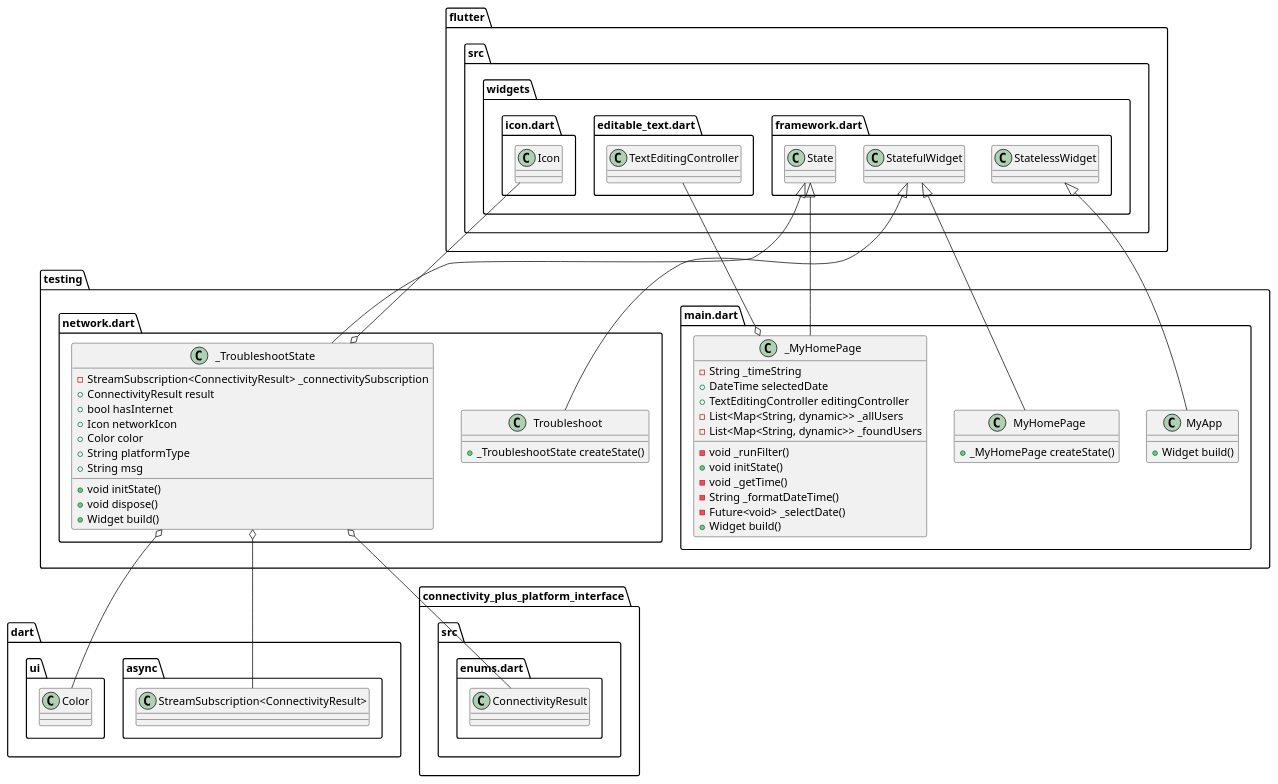
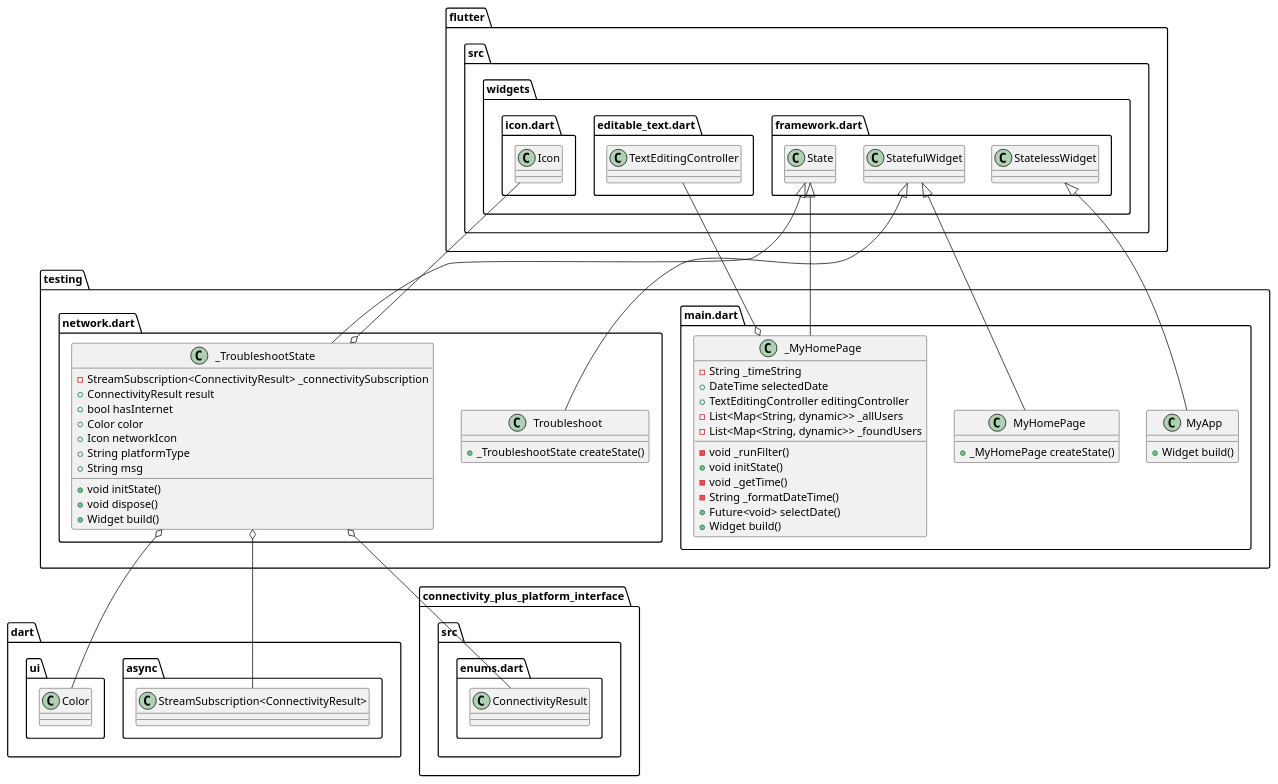
One commit to Hadjimamas/Testing_Project changed the diagram in test.puml. Above: the diagram before and after it, drawn with PlantUML.

Commit message:
Practice Project

```diff
--- a/test.puml
+++ b/test.puml
@@ -1,59 +1,59 @@
 @startuml
 set namespaceSeparator ::
 
 class "testing::main.dart::MyApp" {
   +Widget build()
 }
 
 "flutter::src::widgets::framework.dart::StatelessWidget" <|-- "testing::main.dart::MyApp"
 
 class "testing::main.dart::MyHomePage" {
   +_MyHomePage createState()
 }
 
 "flutter::src::widgets::framework.dart::StatefulWidget" <|-- "testing::main.dart::MyHomePage"
 
 class "testing::main.dart::_MyHomePage" {
   -String _timeString
   +DateTime selectedDate
   +TextEditingController editingController
   -List<Map<String, dynamic>> _allUsers
   -List<Map<String, dynamic>> _foundUsers
   -void _runFilter()
   +void initState()
   -void _getTime()
   -String _formatDateTime()
-  -Future<void> _selectDate()
+  +Future<void> selectDate()
   +Widget build()
 }
 
 "testing::main.dart::_MyHomePage" o-- "flutter::src::widgets::editable_text.dart::TextEditingController"
 "flutter::src::widgets::framework.dart::State" <|-- "testing::main.dart::_MyHomePage"
 
 class "testing::network.dart::Troubleshoot" {
   +_TroubleshootState createState()
 }
 
 "flutter::src::widgets::framework.dart::StatefulWidget" <|-- "testing::network.dart::Troubleshoot"
 
 class "testing::network.dart::_TroubleshootState" {
   -StreamSubscription<ConnectivityResult> _connectivitySubscription
   +ConnectivityResult result
   +bool hasInternet
+  +Color color
   +Icon networkIcon
-  +Color color
   +String platformType
   +String msg
   +void initState()
   +void dispose()
   +Widget build()
 }
 
 "testing::network.dart::_TroubleshootState" o-- "dart::async::StreamSubscription<ConnectivityResult>"
 "testing::network.dart::_TroubleshootState" o-- "connectivity_plus_platform_interface::src::enums.dart::ConnectivityResult"
+"testing::network.dart::_TroubleshootState" o-- "dart::ui::Color"
 "testing::network.dart::_TroubleshootState" o-- "flutter::src::widgets::icon.dart::Icon"
-"testing::network.dart::_TroubleshootState" o-- "dart::ui::Color"
 "flutter::src::widgets::framework.dart::State" <|-- "testing::network.dart::_TroubleshootState"
 
 
 @enduml
```
